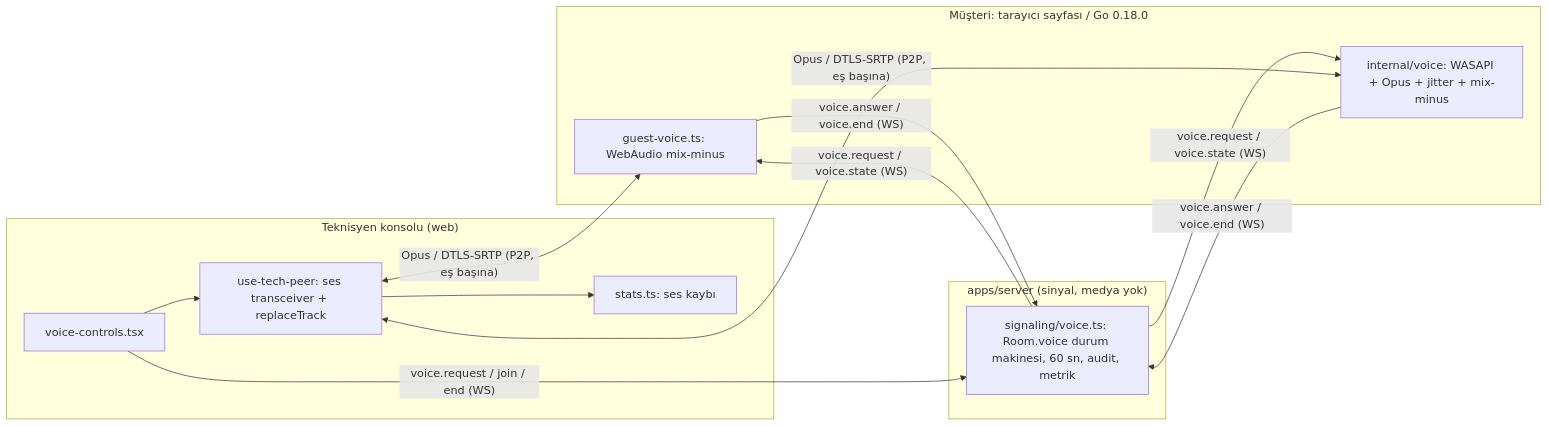
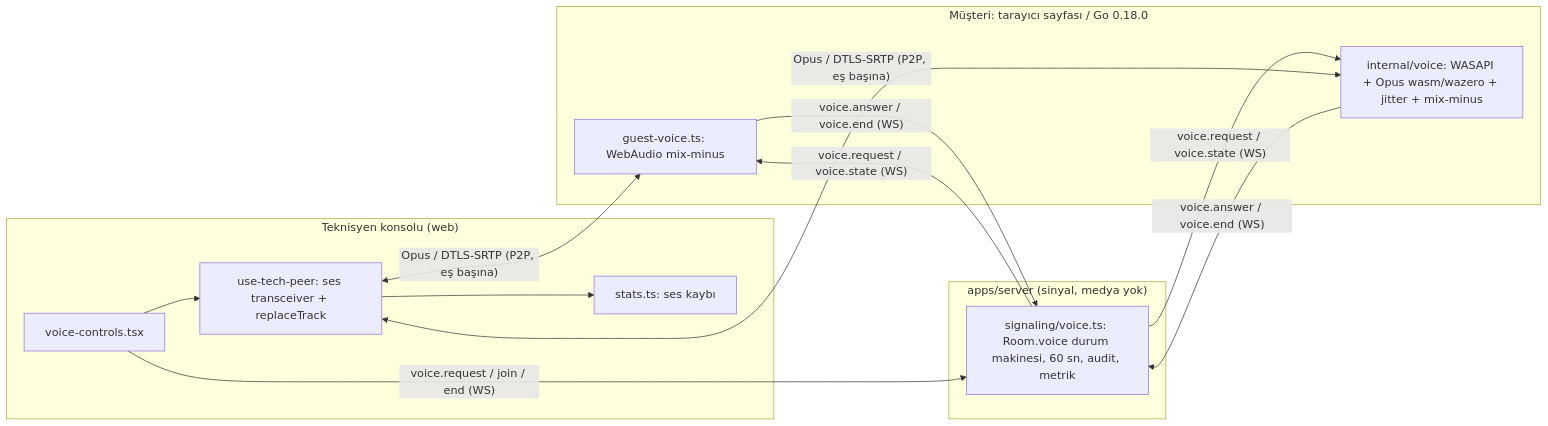
One commit to NoktaBilisim/Remote changed the diagram in docs/mimari-p28d.md. Above: the diagram before and after it, drawn with Mermaid. The commit also changed other lines of this file and 3 other files, not shown here.

Commit message:
docs(P28d): ADR-0036 r3 — kodlayıcı libopus wasm + wazero sandbox; mimari r3, tasarım kontrol, R44

````diff
--- a/docs/mimari-p28d.md
+++ b/docs/mimari-p28d.md
@@ -45,18 +46,18 @@
 ```mermaid
 flowchart LR
   subgraph Konsol["Teknisyen konsolu (web)"]
     VC[voice-controls.tsx] --> TP[use-tech-peer: ses transceiver + replaceTrack]
     TP --> Q[stats.ts: ses kaybı]
   end
   subgraph Sunucu["apps/server (sinyal, medya yok)"]
     VS[signaling/voice.ts: Room.voice durum makinesi, 60 sn, audit, metrik]
   end
   subgraph Misafir["Müşteri: tarayıcı sayfası / Go 0.18.0"]
     GW[guest-voice.ts: WebAudio mix-minus]
-    GG[internal/voice: WASAPI + Opus + jitter + mix-minus]
+    GG[internal/voice: WASAPI + Opus wasm/wazero + jitter + mix-minus]
   end
   VC -- "voice.request / join / end (WS)" --> VS
   VS -- "voice.request / voice.state (WS)" --> GW & GG
   GW & GG -- "voice.answer / voice.end (WS)" --> VS
   TP <-- "Opus / DTLS-SRTP (P2P, eş başına)" --> GW & GG
 ```
````
